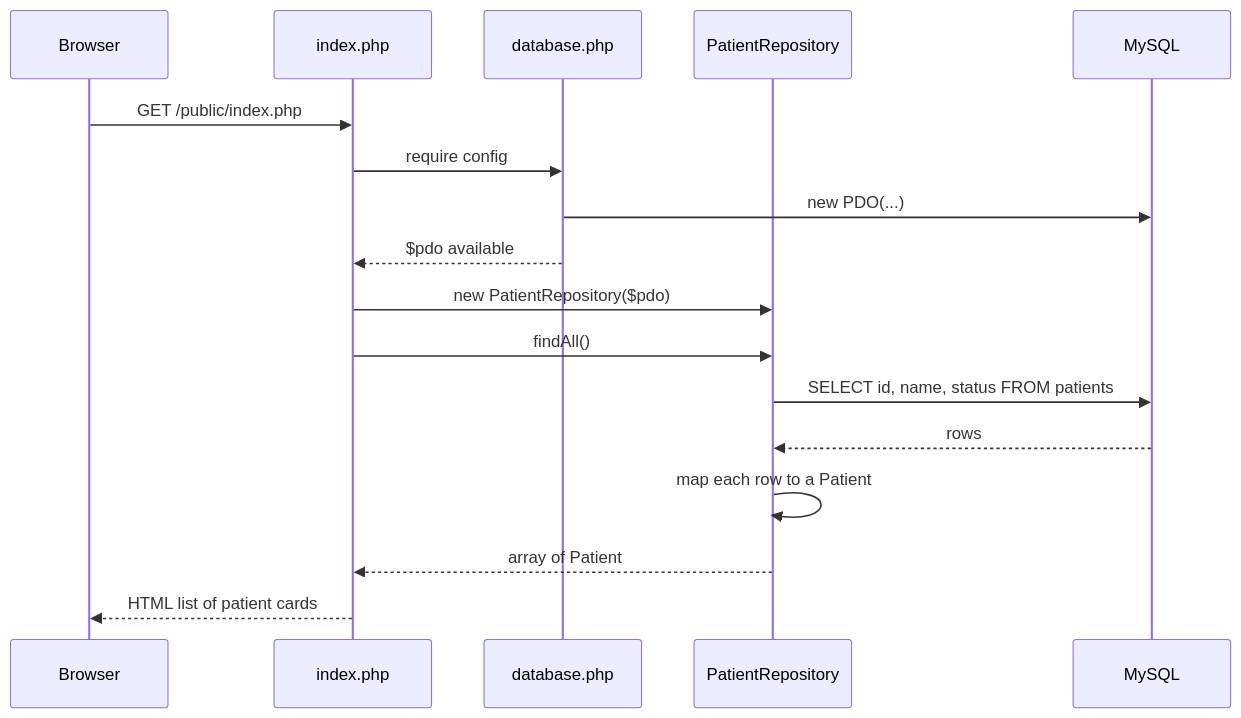
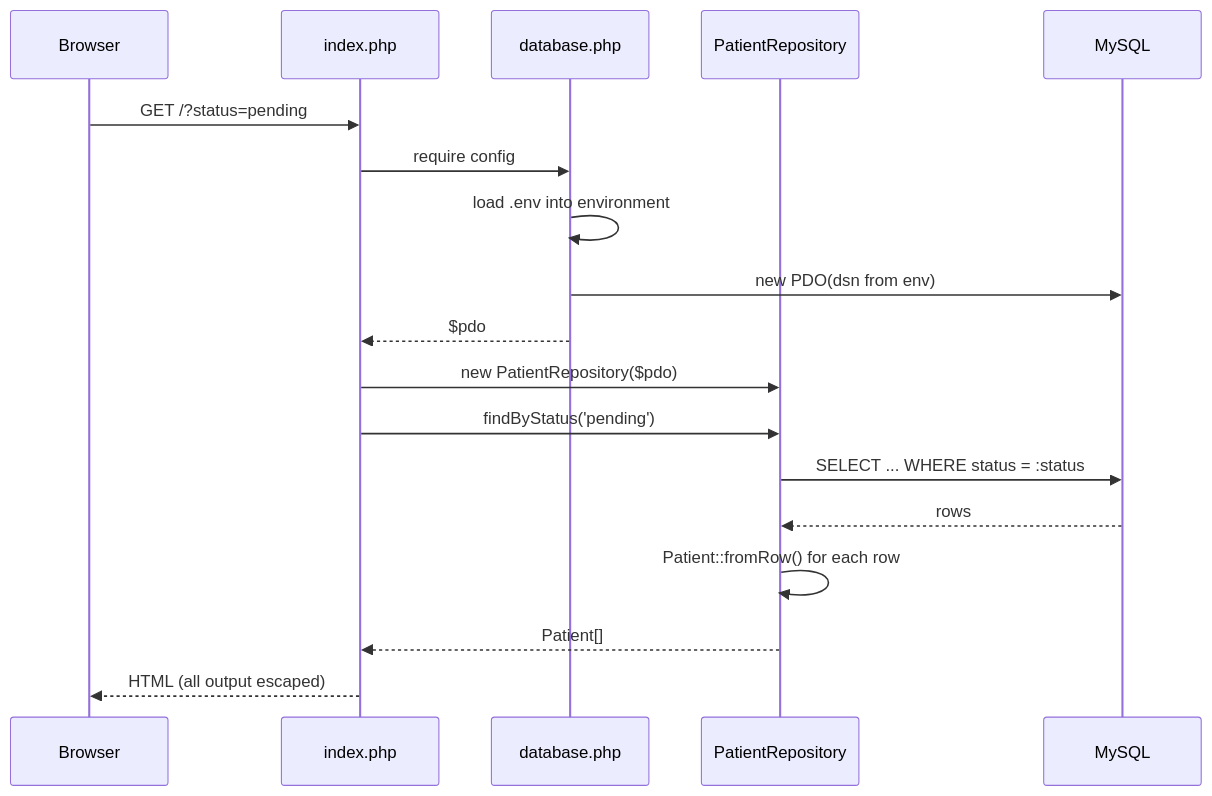
The fourth of 6 diagrams in README.md (JoshuaOmosa/NexusCore), drawn with Mermaid before and after one commit. The commit also changed other lines of this file and 14 other files, not shown here.

````diff
--- a/README.md
+++ b/README.md
@@ -101,19 +113,20 @@
 ```mermaid
 sequenceDiagram
     participant B as Browser
     participant I as index.php
     participant C as database.php
     participant R as PatientRepository
     participant DB as MySQL
-    B->>I: GET /public/index.php
+    B->>I: GET /?status=pending
     I->>C: require config
-    C->>DB: new PDO(...)
-    C-->>I: $pdo available
+    C->>C: load .env into environment
+    C->>DB: new PDO(dsn from env)
+    C-->>I: $pdo
     I->>R: new PatientRepository($pdo)
-    I->>R: findAll()
-    R->>DB: SELECT id, name, status FROM patients
+    I->>R: findByStatus('pending')
+    R->>DB: SELECT ... WHERE status = :status
     DB-->>R: rows
-    R->>R: map each row to a Patient
-    R-->>I: array of Patient
-    I-->>B: HTML list of patient cards
+    R->>R: Patient::fromRow() for each row
+    R-->>I: Patient[]
+    I-->>B: HTML (all output escaped)
 ```
````
